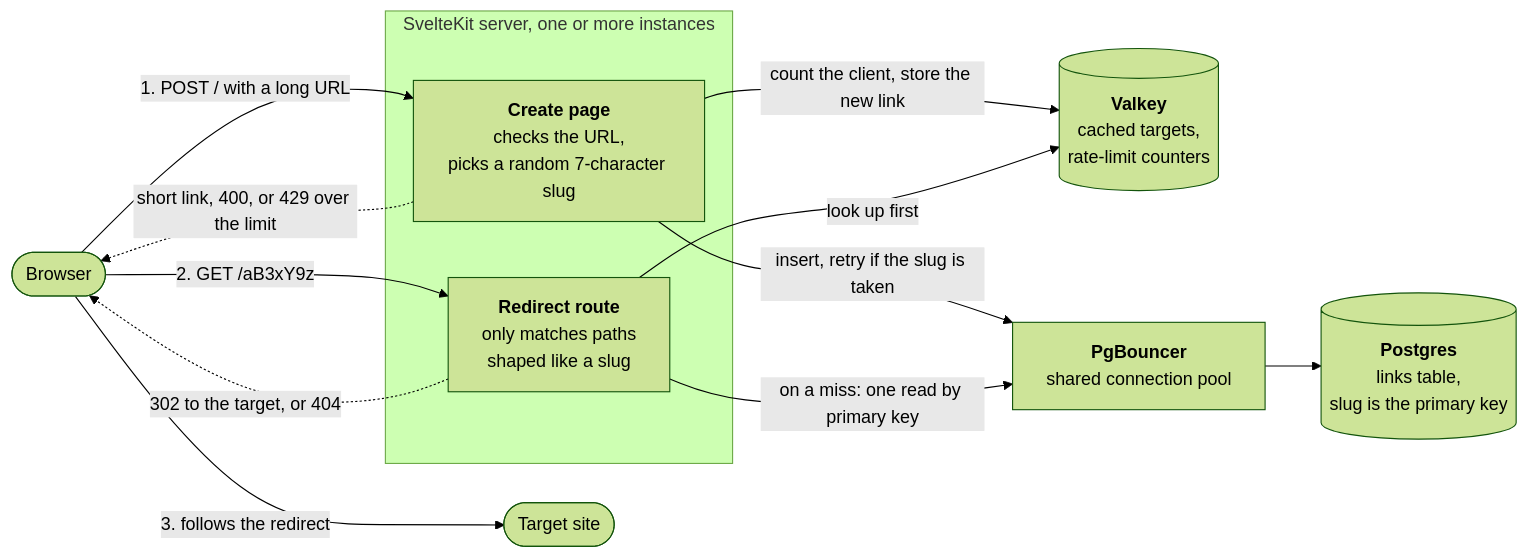
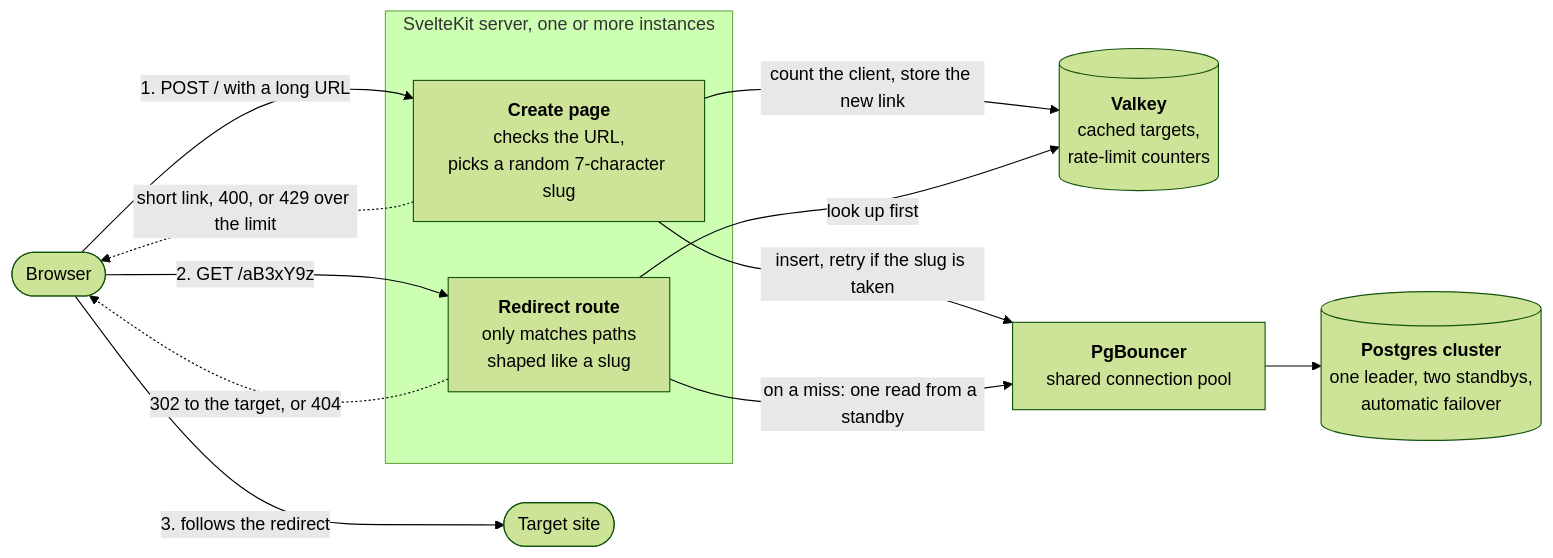
Before and after one commit to andreferrazz/url-shortener: the diagram in README.md, drawn with Mermaid (forest theme). The commit also changed other lines of this file and 10 other files, not shown here.

````diff
--- a/README.md
+++ b/README.md
@@ -44,27 +51,27 @@
 ```mermaid
 flowchart LR
     visitor([Browser])
     target([Target site])
 
     subgraph app [SvelteKit server, one or more instances]
         create["<b>Create page</b><br/>checks the URL,<br/>picks a random 7-character slug"]
         redirect["<b>Redirect route</b><br/>only matches paths<br/>shaped like a slug"]
     end
 
     cache[("<b>Valkey</b><br/>cached targets,<br/>rate-limit counters")]
     pooler["<b>PgBouncer</b><br/>shared connection pool"]
-    db[("<b>Postgres</b><br/>links table,<br/>slug is the primary key")]
+    db[("<b>Postgres cluster</b><br/>one leader, two standbys,<br/>automatic failover")]
 
     visitor -- "1. POST / with a long URL" --> create
     create -- "insert, retry if the slug is taken" --> pooler
     create -- "count the client, store the new link" --> cache
     create -. "short link, 400, or 429 over the limit" .-> visitor
 
     visitor -- "2. GET /aB3xY9z" --> redirect
     redirect -- "look up first" --> cache
-    redirect -- "on a miss: one read by primary key" --> pooler
+    redirect -- "on a miss: one read from a standby" --> pooler
     pooler --> db
     redirect -. "302 to the target, or 404" .-> visitor
 
     visitor -- "3. follows the redirect" --> target
 ```
````
